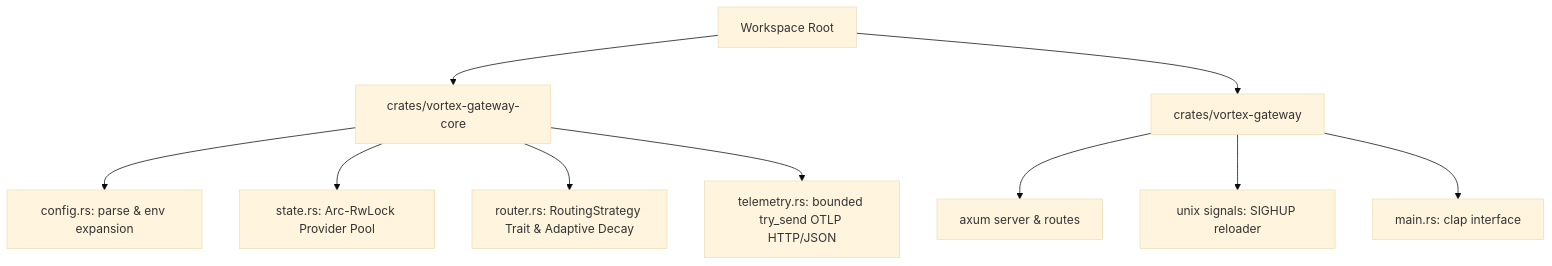
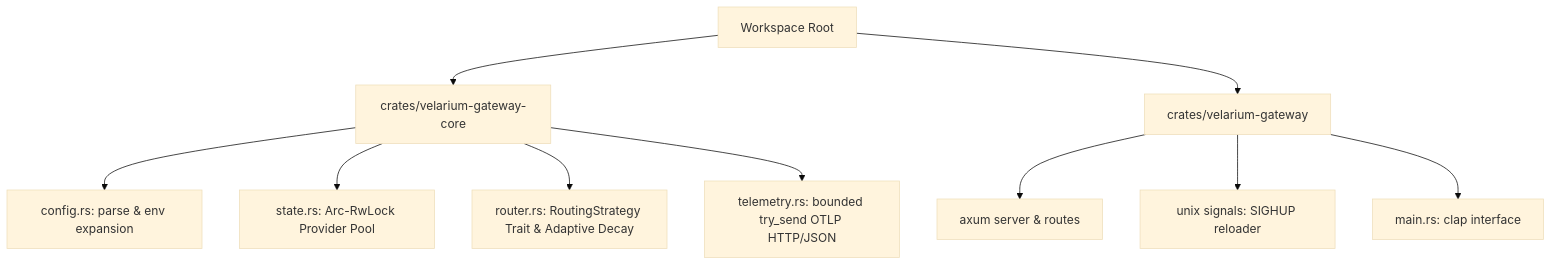
The diagram in implementation_plan.md (Saie12/vortex-gateway), drawn with Mermaid (base theme) before and after one commit. The commit also changed other lines of this file and 25 other files, not shown here.

````diff
--- a/implementation_plan.md
+++ b/implementation_plan.md
@@ -56,12 +56,12 @@
 ```mermaid
 graph TD
-    Workspace[Workspace Root] --> CoreCrate[crates/vortex-gateway-core]
-    Workspace --> CliCrate[crates/vortex-gateway]
+    Workspace[Workspace Root] --> CoreCrate[crates/velarium-gateway-core]
+    Workspace --> CliCrate[crates/velarium-gateway]
     CoreCrate --> Config[config.rs: parse & env expansion]
     CoreCrate --> State[state.rs: Arc-RwLock Provider Pool]
     CoreCrate --> Router[router.rs: RoutingStrategy Trait & Adaptive Decay]
     CoreCrate --> Telemetry[telemetry.rs: bounded try_send OTLP HTTP/JSON]
     CliCrate --> Axum[axum server & routes]
     CliCrate --> Signals[unix signals: SIGHUP reloader]
     CliCrate --> CLI[main.rs: clap interface]
 ```
````
